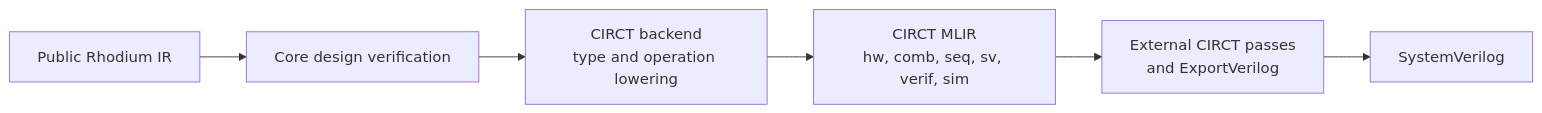
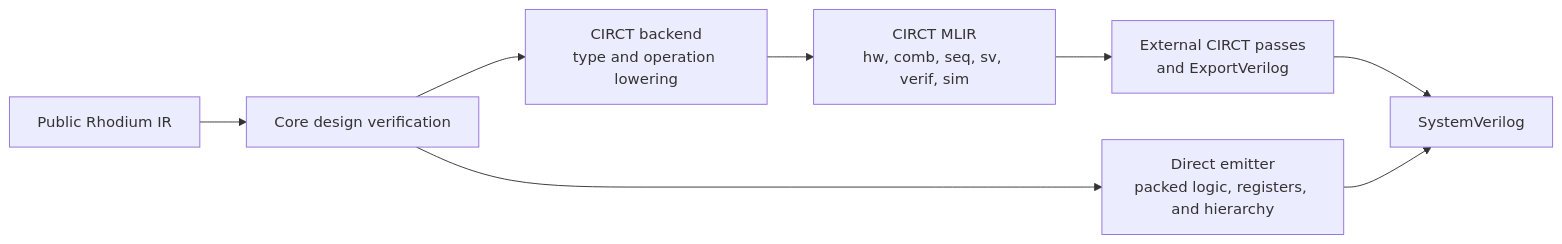
One commit to jerryz123/rhodium changed the diagram in rhodium/backend/README.md. Above: the diagram before and after it, drawn with Mermaid. The commit also changed other lines of this file and 36 other files, not shown here.

````diff
--- a/rhodium/backend/README.md
+++ b/rhodium/backend/README.md
@@ -15,8 +16,10 @@
 ```mermaid
 flowchart LR
     IR["Public Rhodium IR"] --> Verify["Core design verification"]
     Verify --> Backend["CIRCT backend<br/>type and operation lowering"]
     Backend --> MLIR["CIRCT MLIR<br/>hw, comb, seq, sv, verif, sim"]
     MLIR --> Passes["External CIRCT passes<br/>and ExportVerilog"]
     Passes --> SV["SystemVerilog"]
+    Verify --> Direct["Direct emitter<br/>packed logic, registers, and hierarchy"]
+    Direct --> SV
 ```
````
